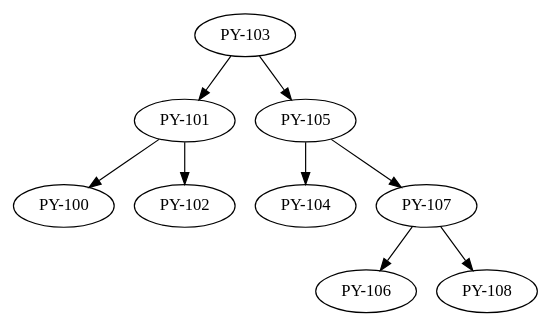
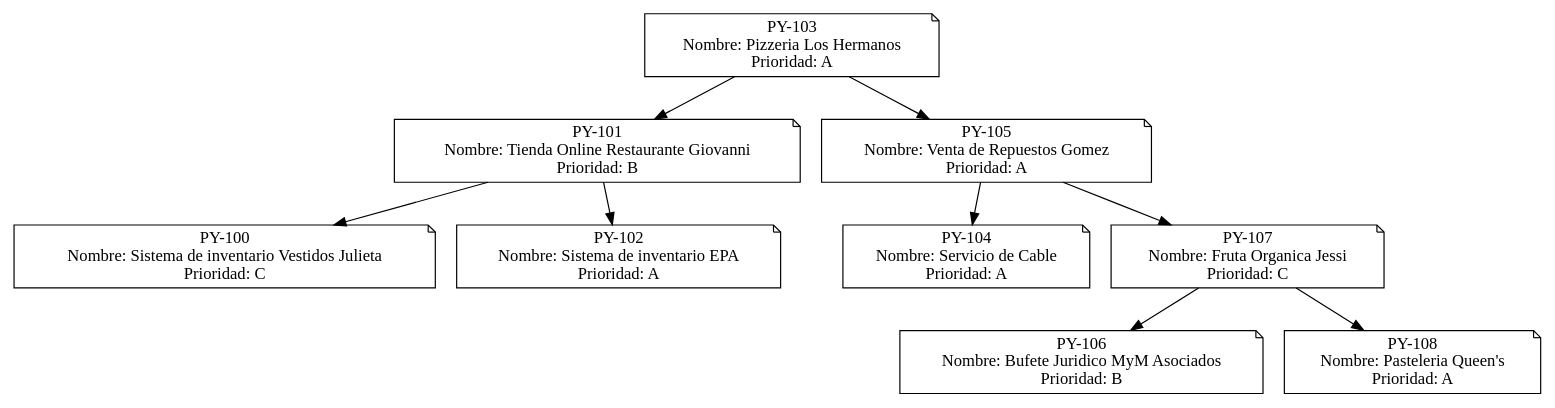
One commit to sa-larios22/Fase2EDD changed the diagram in arbolAVL.dot. Above: the diagram before and after it, drawn with Graphviz. The commit also changed 68 other files, not shown here.

```diff
--- a/arbolAVL.dot
+++ b/arbolAVL.dot
@@ -1,18 +1,18 @@
-digraph arbol {"PY-103" ;
+digraph arbol {node[shape=note];"PY-103\nNombre: Pizzeria Los Hermanos\nPrioridad: A " ;
 x1 [label="",width=.1,style=invis];
-"PY-103" -> "PY-101" ;
+"PY-103\nNombre: Pizzeria Los Hermanos\nPrioridad: A " -> "PY-101\nNombre: Tienda Online Restaurante Giovanni\nPrioridad: B " ;
 x2 [label="",width=.1,style=invis];
-"PY-101" -> "PY-100" ;
- "PY-101" -> "PY-102" ;
-{rank=same"PY-100" -> "PY-102" [style=invis]; } 
- "PY-103" -> "PY-105" ;
+"PY-101\nNombre: Tienda Online Restaurante Giovanni\nPrioridad: B " -> "PY-100\nNombre: Sistema de inventario Vestidos Julieta\nPrioridad: C " ;
+ "PY-101\nNombre: Tienda Online Restaurante Giovanni\nPrioridad: B " -> "PY-102\nNombre: Sistema de inventario EPA\nPrioridad: A " ;
+{rank=same"PY-100\nNombre: Sistema de inventario Vestidos Julieta\nPrioridad: C " -> "PY-102\nNombre: Sistema de inventario EPA\nPrioridad: A " [style=invis]; } 
+ "PY-103\nNombre: Pizzeria Los Hermanos\nPrioridad: A " -> "PY-105\nNombre: Venta de Repuestos Gomez\nPrioridad: A " ;
 x2 [label="",width=.1,style=invis];
-"PY-105" -> "PY-104" ;
- "PY-105" -> "PY-107" ;
+"PY-105\nNombre: Venta de Repuestos Gomez\nPrioridad: A " -> "PY-104\nNombre: Servicio de Cable\nPrioridad: A " ;
+ "PY-105\nNombre: Venta de Repuestos Gomez\nPrioridad: A " -> "PY-107\nNombre: Fruta Organica Jessi\nPrioridad: C " ;
 x3 [label="",width=.1,style=invis];
-"PY-107" -> "PY-106" ;
- "PY-107" -> "PY-108" ;
-{rank=same"PY-106" -> "PY-108" [style=invis]; } 
-{rank=same"PY-104" -> "PY-107" [style=invis]; } 
-{rank=same"PY-101" -> "PY-105" [style=invis]; } 
+"PY-107\nNombre: Fruta Organica Jessi\nPrioridad: C " -> "PY-106\nNombre: Bufete Juridico MyM Asociados\nPrioridad: B " ;
+ "PY-107\nNombre: Fruta Organica Jessi\nPrioridad: C " -> "PY-108\nNombre: Pasteleria Queen's\nPrioridad: A " ;
+{rank=same"PY-106\nNombre: Bufete Juridico MyM Asociados\nPrioridad: B " -> "PY-108\nNombre: Pasteleria Queen's\nPrioridad: A " [style=invis]; } 
+{rank=same"PY-104\nNombre: Servicio de Cable\nPrioridad: A " -> "PY-107\nNombre: Fruta Organica Jessi\nPrioridad: C " [style=invis]; } 
+{rank=same"PY-101\nNombre: Tienda Online Restaurante Giovanni\nPrioridad: B " -> "PY-105\nNombre: Venta de Repuestos Gomez\nPrioridad: A " [style=invis]; } 
 }
```
